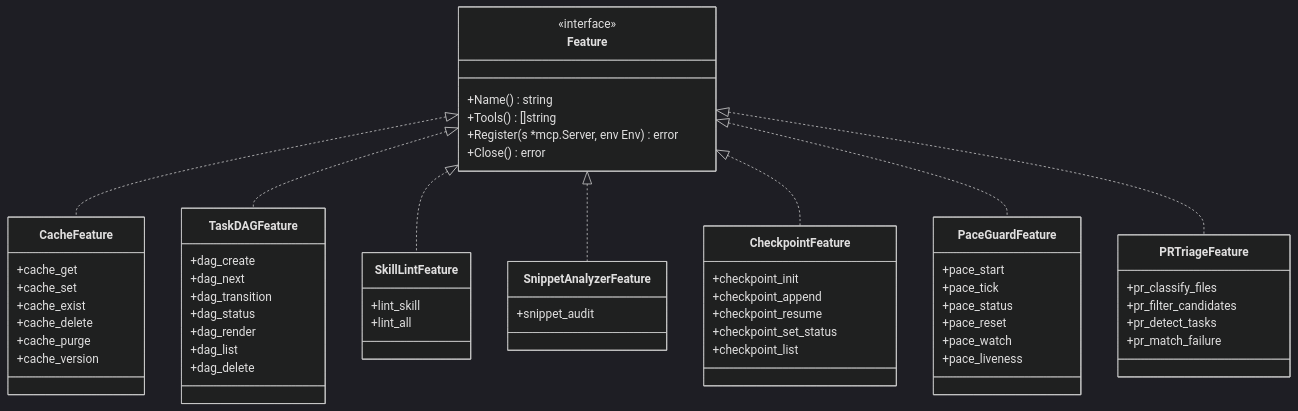
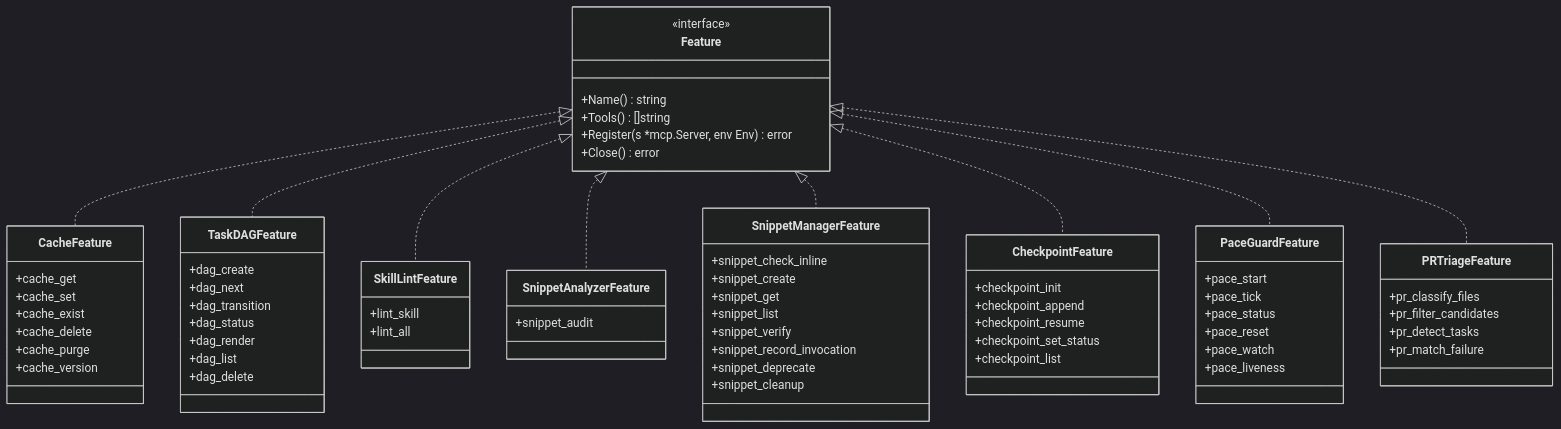
The fourth of 4 diagrams in mcp/references/architecture.md (berquerant/agent-skills), drawn with Mermaid (dark theme) before and after one commit. The commit also changed other lines of this file and 44 other files, not shown here.

First line of the commit message:
feat(mcp): add snippet-manager feature for command-snippet lifecycle management (#33)

````diff
--- a/mcp/references/architecture.md
+++ b/mcp/references/architecture.md
@@ -185,70 +190,82 @@
 ```mermaid
 classDiagram
     class Feature {
         <<interface>>
         +Name() string
         +Tools() []string
         +Register(s *mcp.Server, env Env) error
         +Close() error
     }
 
     class CacheFeature {
         +cache_get
         +cache_set
         +cache_exist
         +cache_delete
         +cache_purge
         +cache_version
     }
 
     class TaskDAGFeature {
         +dag_create
         +dag_next
         +dag_transition
         +dag_status
         +dag_render
         +dag_list
         +dag_delete
     }
 
     class SkillLintFeature {
         +lint_skill
         +lint_all
     }
 
     class SnippetAnalyzerFeature {
         +snippet_audit
     }
 
+    class SnippetManagerFeature {
+        +snippet_check_inline
+        +snippet_create
+        +snippet_get
+        +snippet_list
+        +snippet_verify
+        +snippet_record_invocation
+        +snippet_deprecate
+        +snippet_cleanup
+    }
+
     class CheckpointFeature {
         +checkpoint_init
         +checkpoint_append
         +checkpoint_resume
         +checkpoint_set_status
         +checkpoint_list
     }
 
     class PaceGuardFeature {
         +pace_start
         +pace_tick
         +pace_status
         +pace_reset
         +pace_watch
         +pace_liveness
     }
 
     class PRTriageFeature {
         +pr_classify_files
         +pr_filter_candidates
         +pr_detect_tasks
         +pr_match_failure
     }
 
     Feature <|.. CacheFeature
     Feature <|.. TaskDAGFeature
     Feature <|.. SkillLintFeature
     Feature <|.. SnippetAnalyzerFeature
+    Feature <|.. SnippetManagerFeature
     Feature <|.. CheckpointFeature
     Feature <|.. PaceGuardFeature
     Feature <|.. PRTriageFeature
 ```
````
